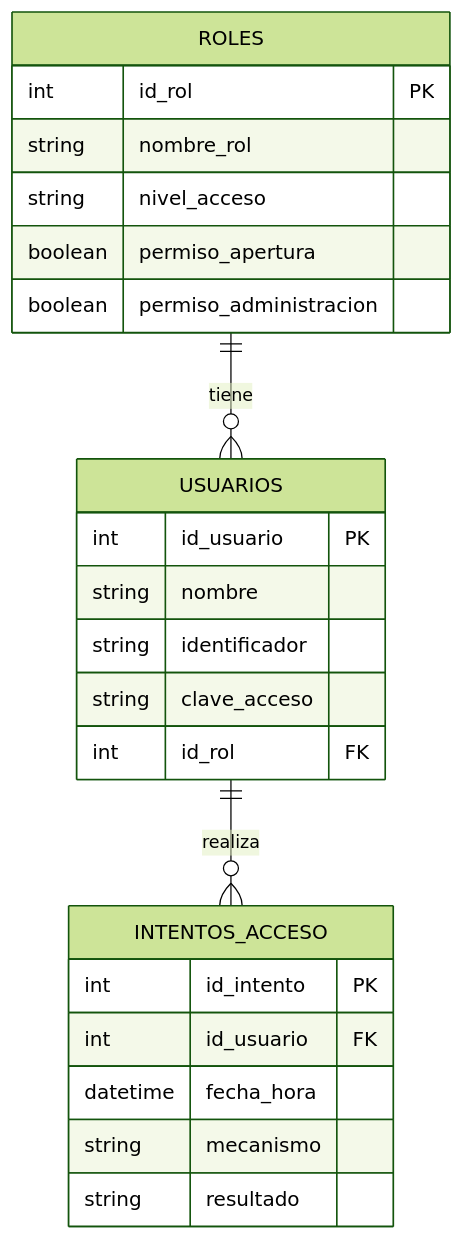
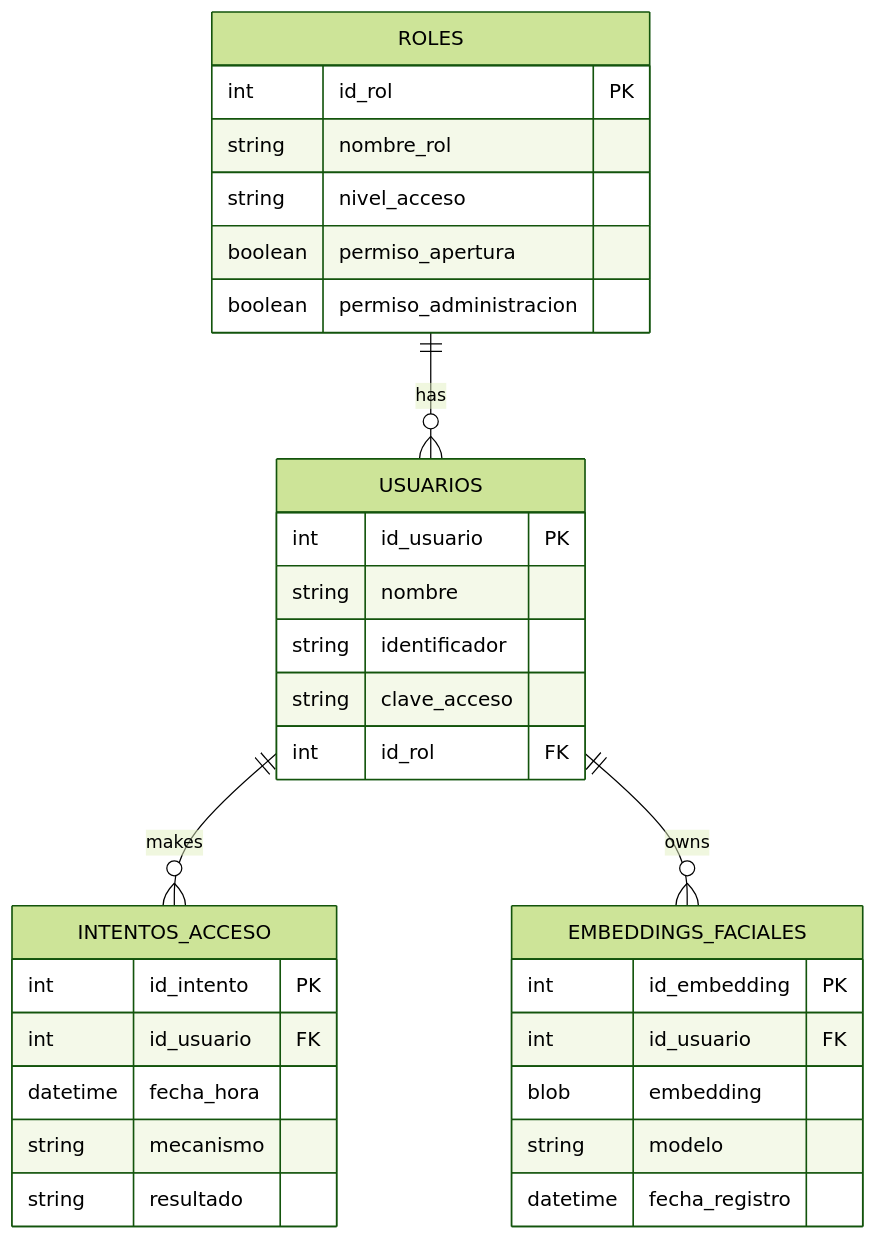
One commit to Gowrgie/ControlAccesoLocal changed the diagram in documentacion/data.md. Above: the diagram before and after it, drawn with Mermaid (forest theme).

Commit message:
LAC-53: Update ER diagram with facial embeddings entity

````diff
--- a/documentacion/data.md
+++ b/documentacion/data.md
@@ -1,29 +1,38 @@
 ```mermaid
 erDiagram
-    ROLES ||--o{ USUARIOS : "tiene"
-    USUARIOS ||--o{ INTENTOS_ACCESO : "realiza"
+    ROLES ||--o{ USUARIOS : "has"
+    USUARIOS ||--o{ INTENTOS_ACCESO : "makes"
+    USUARIOS ||--o{ EMBEDDINGS_FACIALES : "owns"
 
     ROLES {
         int id_rol PK
         string nombre_rol
         string nivel_acceso
         boolean permiso_apertura
         boolean permiso_administracion
     }
 
     USUARIOS {
         int id_usuario PK
         string nombre
         string identificador
         string clave_acceso
         int id_rol FK
     }
 
     INTENTOS_ACCESO {
         int id_intento PK
         int id_usuario FK
         datetime fecha_hora
         string mecanismo
         string resultado
     }
+
+    EMBEDDINGS_FACIALES {
+        int id_embedding PK
+        int id_usuario FK
+        blob embedding
+        string modelo
+        datetime fecha_registro
+    }
 ```
````
